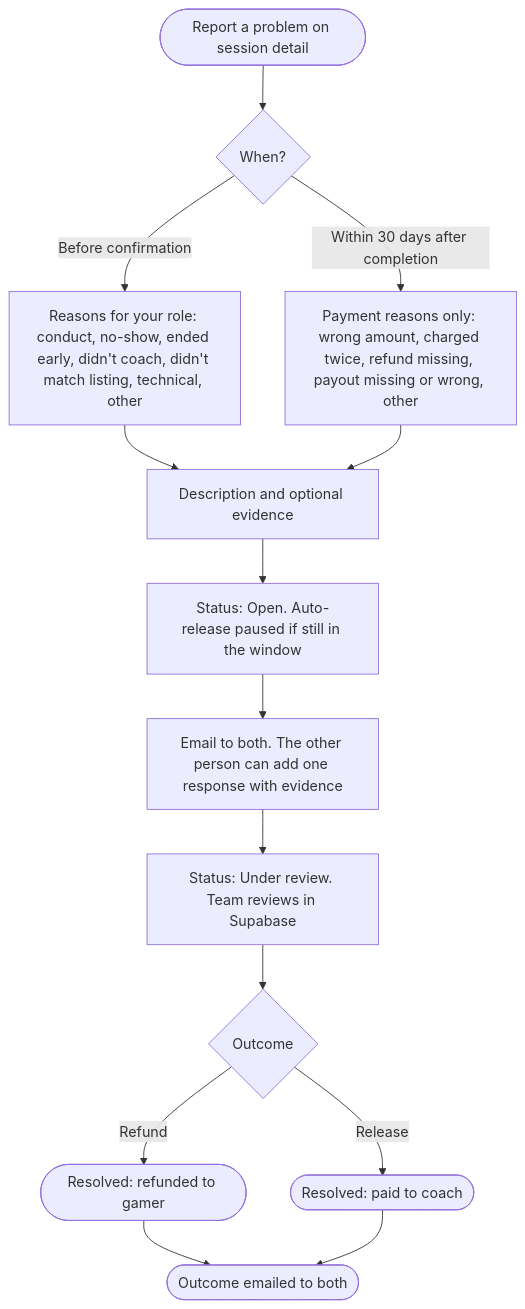
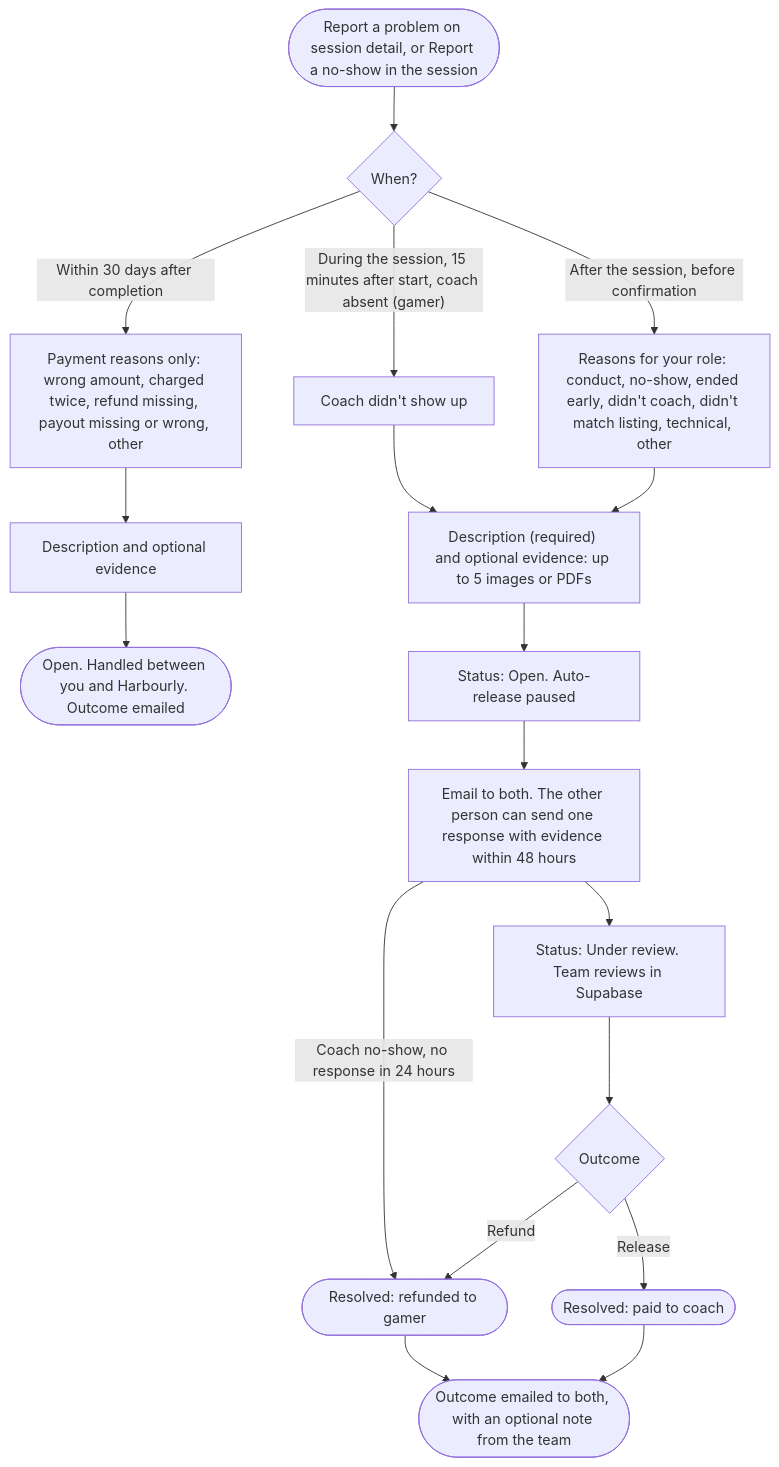
One commit to ILoveWaterSm/Harbourly-Waitlist-2.0 changed the seventh of 13 diagrams in design/USER-FLOW.md. Above: the diagram before and after it, drawn with Mermaid. The commit also changed other lines of this file and 4 other files, not shown here.

First line of the commit message:
Phase 2 decisions: live session, session detail, disputes; flow diagrams 4 to 7 and build order updated

````diff
--- a/design/USER-FLOW.md
+++ b/design/USER-FLOW.md
@@ -209,16 +213,20 @@
 ```mermaid
 flowchart TD
-  Start(["Report a problem on session detail"]) --> When{"When?"}
-  When -->|"Before confirmation"| WindowReasons["Reasons for your role: conduct, no-show, ended early, didn't coach, didn't match listing, technical, other"]
+  Start(["Report a problem on session detail, or Report a no-show in the session"]) --> When{"When?"}
+  When -->|"During the session, 15 minutes after start, coach absent (gamer)"| NoShowReason["Coach didn't show up"]
+  When -->|"After the session, before confirmation"| WindowReasons["Reasons for your role: conduct, no-show, ended early, didn't coach, didn't match listing, technical, other"]
   When -->|"Within 30 days after completion"| PayReasons["Payment reasons only: wrong amount, charged twice, refund missing, payout missing or wrong, other"]
+  NoShowReason --> Form
   WindowReasons --> Form
-  PayReasons --> Form["Description and optional evidence"]
-  Form --> Open["Status: Open. Auto-release paused if still in the window"]
-  Open --> Notify["Email to both. The other person can add one response with evidence"]
+  PayReasons --> PayForm["Description and optional evidence"]
+  PayForm --> PayOpen(["Open. Handled between you and Harbourly. Outcome emailed"])
+  Form["Description (required) and optional evidence: up to 5 images or PDFs"] --> Open["Status: Open. Auto-release paused"]
+  Open --> Notify["Email to both. The other person can send one response with evidence within 48 hours"]
+  Notify -->|"Coach no-show, no response in 24 hours"| Refunded
   Notify --> Review["Status: Under review. Team reviews in Supabase"]
   Review --> Outcome{"Outcome"}
   Outcome -->|"Refund"| Refunded(["Resolved: refunded to gamer"])
   Outcome -->|"Release"| Paid(["Resolved: paid to coach"])
-  Refunded --> Email(["Outcome emailed to both"])
+  Refunded --> Email(["Outcome emailed to both, with an optional note from the team"])
   Paid --> Email
 ```
````
